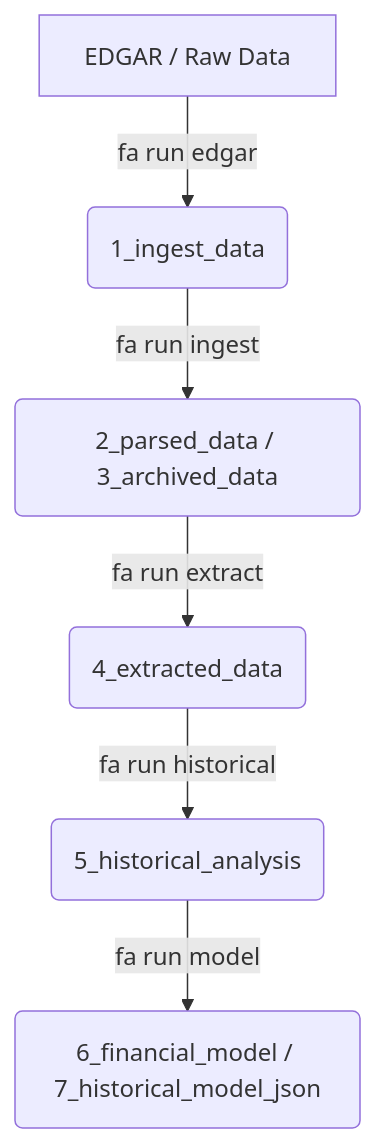
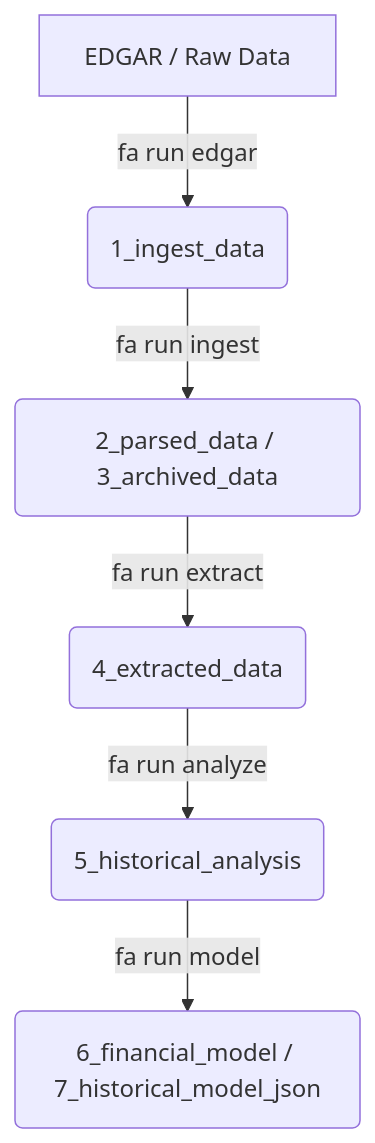
The diagram in docs/requirements.md (Ruinius/financial-analyst-cli), drawn with Mermaid before and after one commit. The commit also changed other lines of this file and 10 other files, not shown here.

````diff
--- a/docs/requirements.md
+++ b/docs/requirements.md
@@ -50,8 +50,8 @@
 ```mermaid
 flowchart TD
     A[EDGAR / Raw Data] -->|fa run edgar| B(1_ingest_data)
     B -->|fa run ingest| C(2_parsed_data / 3_archived_data)
     C -->|fa run extract| D(4_extracted_data)
-    D -->|fa run historical| E(5_historical_analysis)
+    D -->|fa run analyze| E(5_historical_analysis)
     E -->|fa run model| F(6_financial_model / 7_historical_model_json)
 ```
````
